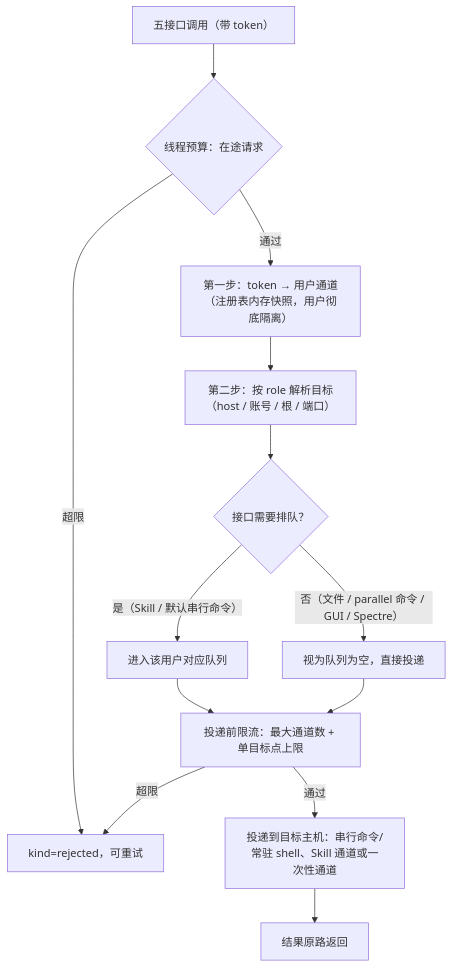
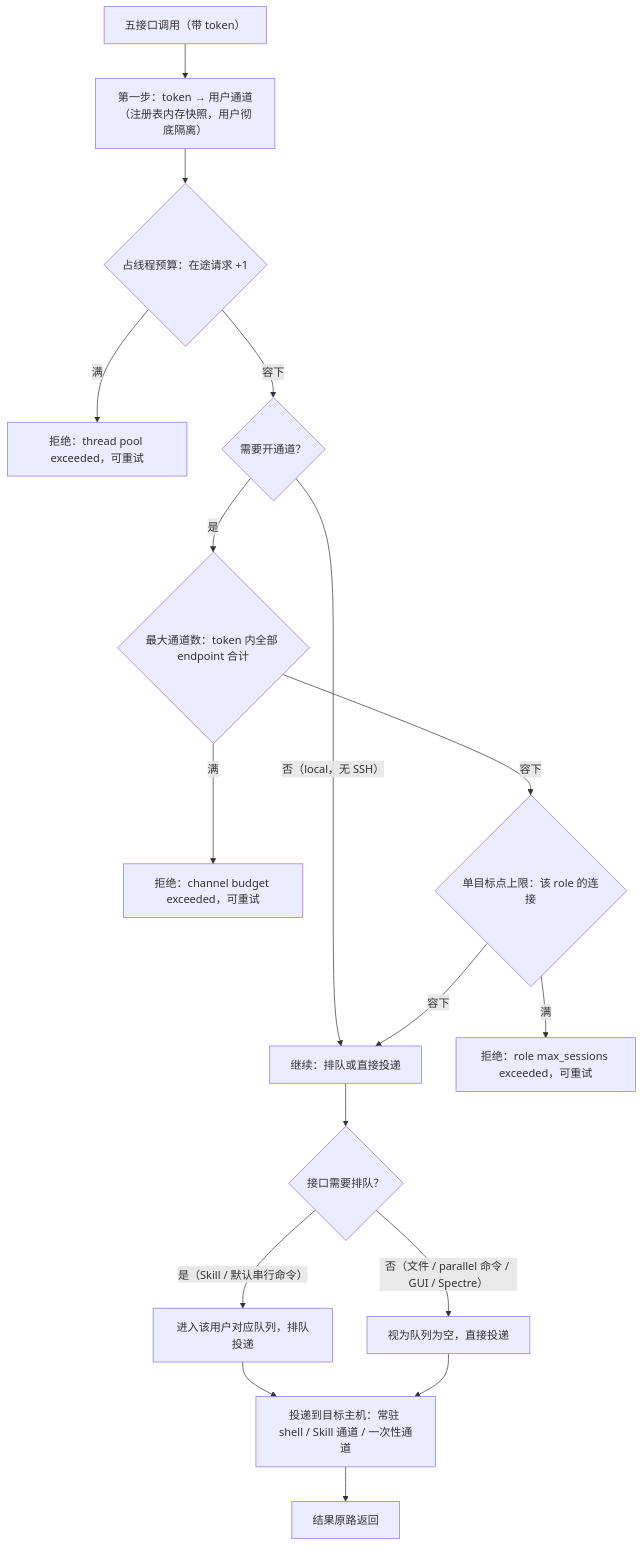
Before and after one commit to GentLau/virtuoso-bridge-NCS: the diagram in spec/design-concepts/中层/3-路由设计.md, drawn with Mermaid. The commit also changed other lines of this file and 3 other files, not shown here.

First line of the commit message:
spec: 修正两步路由流程图与三参数拒绝文本

````diff
--- a/spec/design-concepts/中层/3-路由设计.md
+++ b/spec/design-concepts/中层/3-路由设计.md
@@ -20,15 +20,19 @@
 ```mermaid
 flowchart TD
-    A[五接口调用（带 token）] --> B{线程预算：在途请求}
-    B -- 超限 --> R[kind=rejected，可重试]
-    B -- 通过 --> C["第一步：token → 用户通道<br/>（注册表内存快照，用户彻底隔离）"]
-    C --> D["第二步：按 role 解析目标<br/>（host / 账号 / 根 / 端口）"]
-    D --> E{接口需要排队？}
-    E -- 是（Skill / 默认串行命令）--> F[进入该用户对应队列]
-    F --> G["投递前限流：最大通道数 + 单目标点上限"]
-    E -- 否（文件 / parallel 命令 / GUI / Spectre）--> I[视为队列为空，直接投递]
-    I --> G
-    G -- 超限 --> R
-    G -- 通过 --> H[投递到目标主机：串行命令/常驻 shell、Skill 通道或一次性通道]
-    H --> J[结果原路返回]
+    A[五接口调用（带 token）] --> C["第一步：token → 用户通道<br/>（注册表内存快照，用户彻底隔离）"]
+    C --> B{占线程预算：在途请求 +1}
+    B -- 满 --> R1[拒绝：thread pool exceeded，可重试]
+    B -- 容下 --> D{需要开通道？}
+    D -- 否（local，无 SSH）--> G[继续：排队或直接投递]
+    D -- 是 --> E{最大通道数：token 内全部 endpoint 合计}
+    E -- 满 --> R2[拒绝：channel budget exceeded，可重试]
+    E -- 容下 --> F{单目标点上限：该 role 的连接}
+    F -- 满 --> R3[拒绝：role max_sessions exceeded，可重试]
+    F -- 容下 --> G
+    G --> H{接口需要排队？}
+    H -- 是（Skill / 默认串行命令）--> I[进入该用户对应队列，排队投递]
+    H -- 否（文件 / parallel 命令 / GUI / Spectre）--> J[视为队列为空，直接投递]
+    I --> K[投递到目标主机：常驻 shell / Skill 通道 / 一次性通道]
+    J --> K
+    K --> L[结果原路返回]
 ```
````
